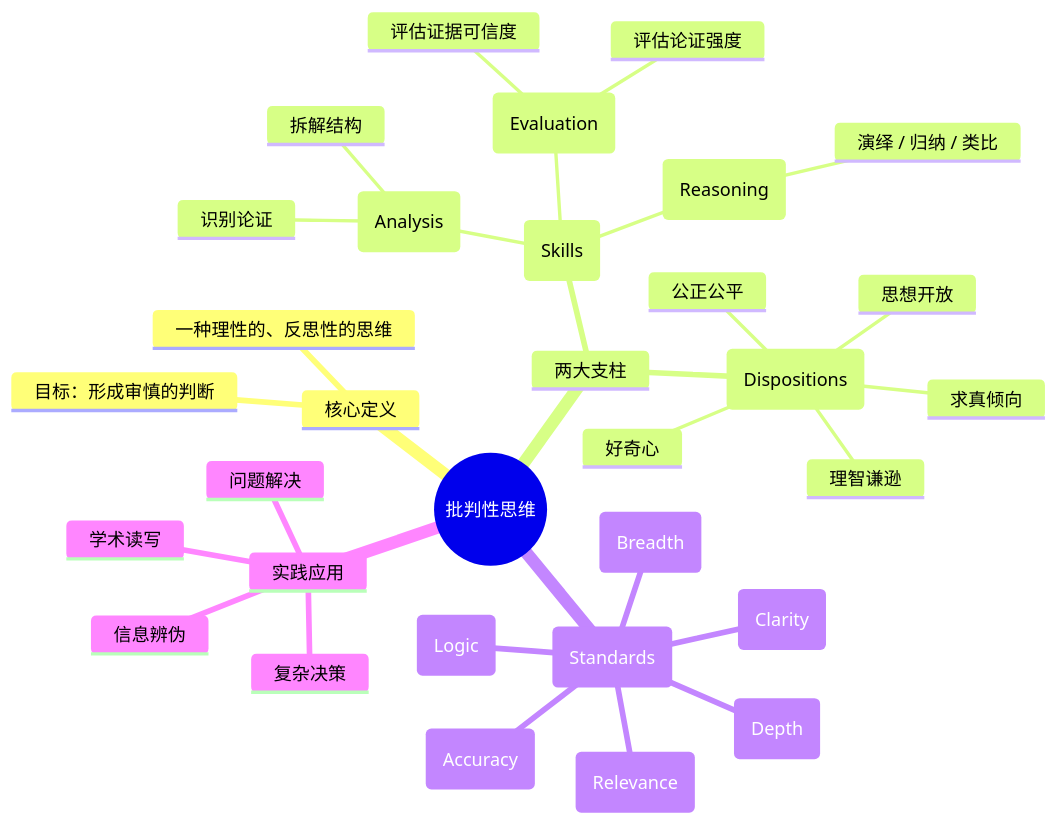
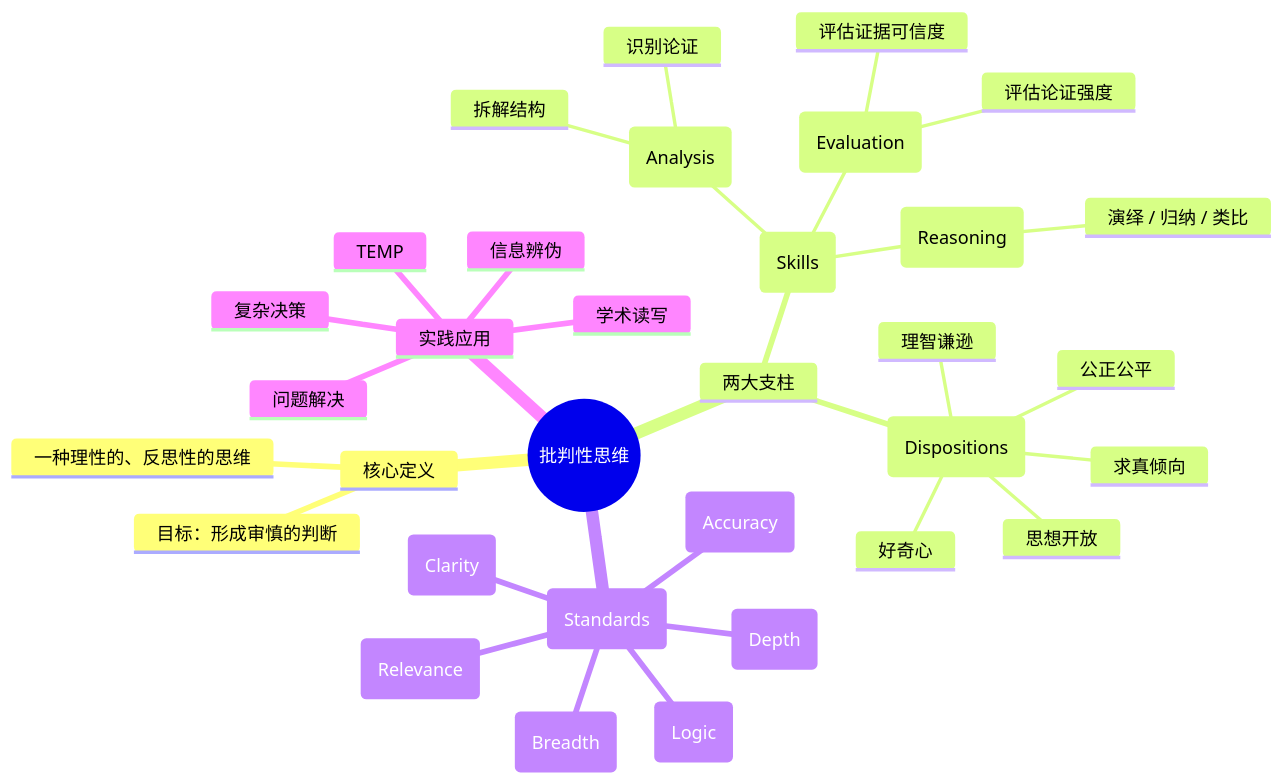
The diagram in 03-逻辑思维教育/03-02-批判性思维-知识图谱.md (adaliu888/PrimarySecondaryEducatio), drawn with Mermaid before and after one commit. The commit also changed 45 other files, not shown here.

````diff
--- a/03-逻辑思维教育/03-02-批判性思维-知识图谱.md
+++ b/03-逻辑思维教育/03-02-批判性思维-知识图谱.md
@@ -3,35 +3,36 @@
 ```mermaid
 mindmap
   root((批判性思维))
     核心定义
       一种理性的、反思性的思维
       目标：形成审慎的判断
     两大支柱
       思维技能 (Skills)
         分析 (Analysis)
           识别论证
           拆解结构
         推理 (Reasoning)
           演绎 / 归纳 / 类比
         评价 (Evaluation)
           评估证据可信度
           评估论证强度
       思维品格 (Dispositions)
         求真倾向
         思想开放
         理智谦逊
         公正公平
         好奇心
     评价标尺 (Standards)
       清晰性 (Clarity)
       准确性 (Accuracy)
       相关性 (Relevance)
       逻辑性 (Logic)
       深度 (Depth)
       广度 (Breadth)
     实践应用
       信息辨伪
       复杂决策
       问题解决
       学术读写
+      TEMP
 ``` 
````
